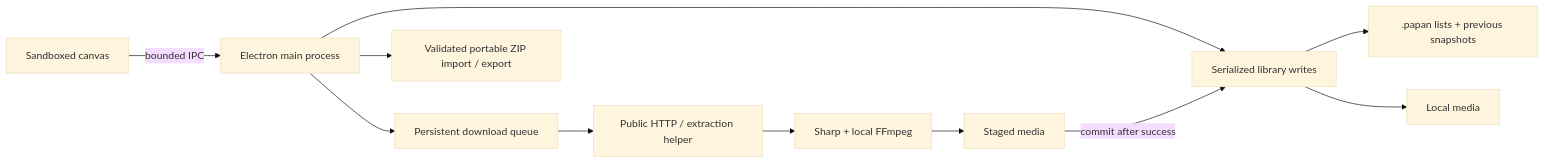
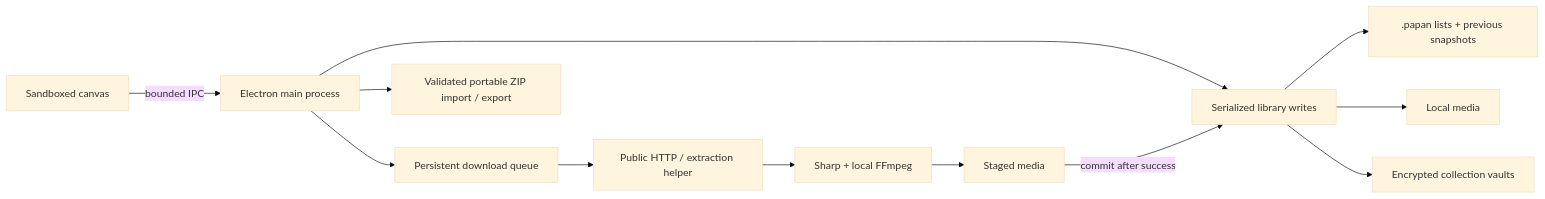
Before and after one commit to chelij/papan: the diagram in docs/architecture.md, drawn with Mermaid (base theme). The commit also changed other lines of this file and 42 other files, not shown here.

````diff
--- a/docs/architecture.md
+++ b/docs/architecture.md
@@ -5,13 +5,14 @@
 ```mermaid
 flowchart LR
   Canvas[Sandboxed canvas] -->|bounded IPC| Main[Electron main process]
   Main --> Library[Serialized library writes]
   Library --> Lists[.papan lists + previous snapshots]
   Main --> Queue[Persistent download queue]
   Queue --> Fetch[Public HTTP / extraction helper]
   Fetch --> Process[Sharp + local FFmpeg]
   Process --> Stage[Staged media]
   Stage -->|commit after success| Library
   Library --> Media[Local media]
+  Library --> Vaults[Encrypted collection vaults]
   Main --> Archive[Validated portable ZIP import / export]
 ```
````
